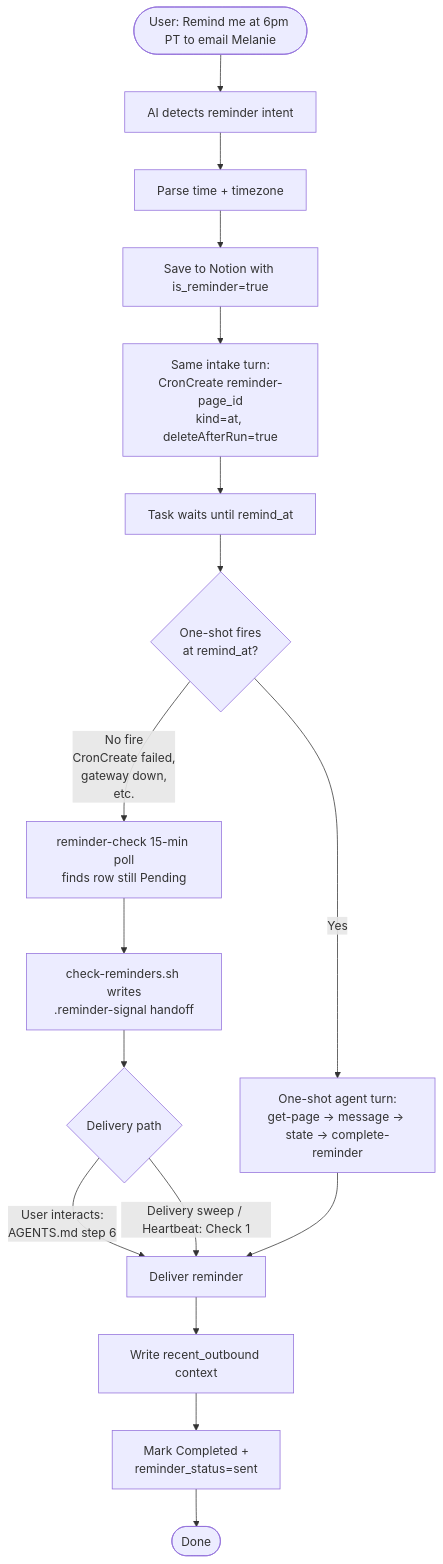
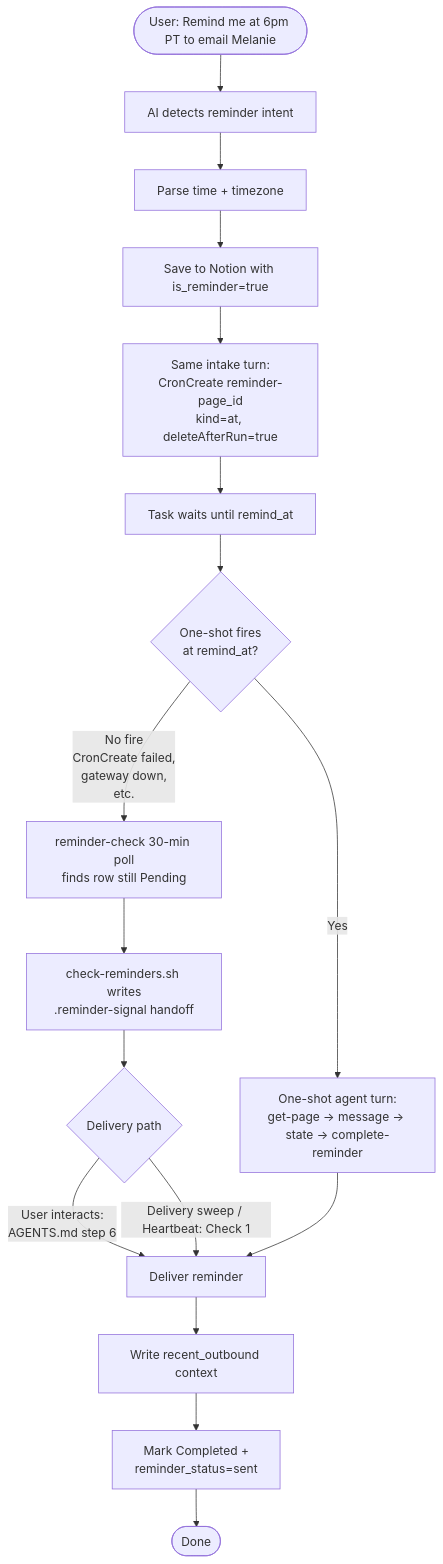
Before and after one commit to NickBorgersProbably/hide-my-list: diagram 28 of 29 in docs/task-lifecycle.md, drawn with Mermaid. The commit also changed 8 other files, not shown here.

````diff
--- a/docs/task-lifecycle.md
+++ b/docs/task-lifecycle.md
@@ -917,23 +917,23 @@
 ```mermaid
 flowchart TD
     Intake([User: Remind me at 6pm PT to email Melanie]) --> Detect[AI detects reminder intent]
     Detect --> Parse[Parse time + timezone]
     Parse --> Save[Save to Notion with is_reminder=true]
     Save --> RegisterCron[Same intake turn:<br/>CronCreate reminder-page_id<br/>kind=at, deleteAfterRun=true]
     RegisterCron --> Wait[Task waits until remind_at]
 
     Wait --> OneShot{One-shot fires<br/>at remind_at?}
     OneShot -->|Yes| OneShotRun[One-shot agent turn:<br/>get-page → message → state → complete-reminder]
-    OneShot -->|No fire<br/>CronCreate failed,<br/>gateway down,<br/>etc.| SafetyNet[reminder-check 15-min poll<br/>finds row still Pending]
+    OneShot -->|No fire<br/>CronCreate failed,<br/>gateway down,<br/>etc.| SafetyNet[reminder-check 30-min poll<br/>finds row still Pending]
     SafetyNet --> Handoff[check-reminders.sh writes<br/>.reminder-signal handoff]
     Handoff --> SafetyDeliver{Delivery path}
     SafetyDeliver -->|User interacts:<br/>AGENTS.md step 6| Send
     SafetyDeliver -->|Delivery sweep / Heartbeat: Check 1| Send
 
     OneShotRun --> Send[Deliver reminder]
 
     Send --> Context[Write recent_outbound context]
     Context --> Complete[Mark Completed +<br/>reminder_status=sent]
 
     Complete --> Done([Done])
 ```
````
